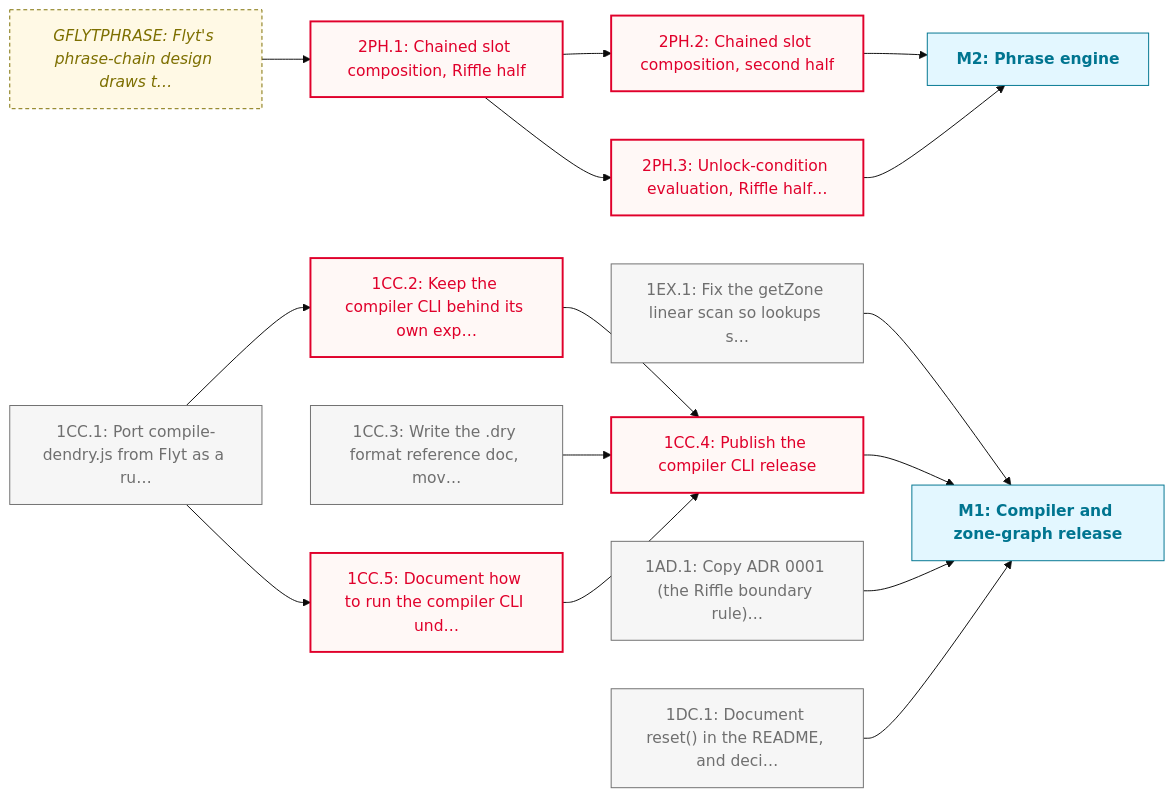
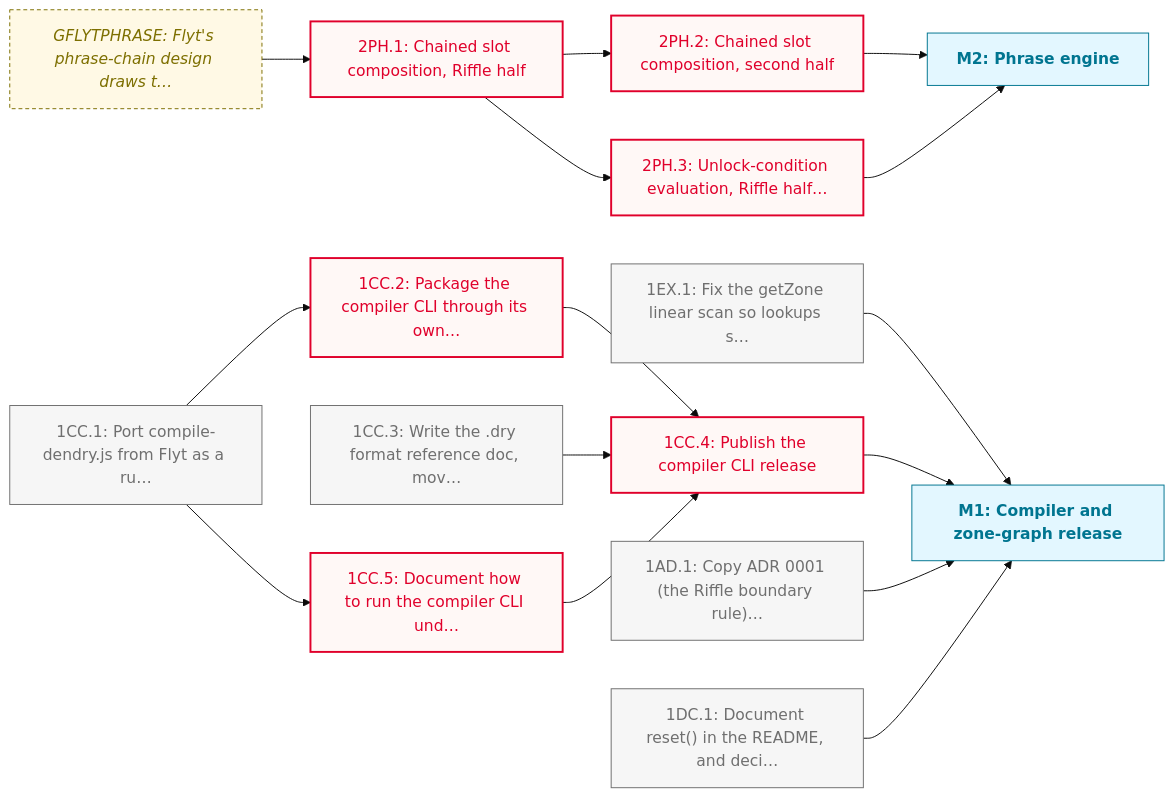
Before and after one commit to JasonWarrenUK/riffle: the diagram in docs/roadmaps/PHASE_1.md, drawn with Mermaid (base theme). The commit also changed other lines of this file and 1 other file, not shown here.

````diff
--- a/docs/roadmaps/PHASE_1.md
+++ b/docs/roadmaps/PHASE_1.md
@@ -47,42 +47,42 @@
 ```mermaid
 graph LR
 	classDef todo fill:#f6f6f6,stroke:#6f6f6f,color:#6f6f6f
 	classDef inProgress fill:#e8f2ff,stroke:#0071af,color:#0071af
 	classDef blocked fill:#fff8f6,stroke:#e0002b,color:#e0002b,stroke-width:2px
 	classDef paused fill:#fdf4ff,stroke:#b01fe3,color:#b01fe3,stroke-dasharray:4 3
 	classDef deferred fill:#fff8f3,stroke:#ac5c00,color:#ac5c00,stroke-dasharray:2 4,font-style:italic
 	classDef done fill:#e0ffd9,stroke:#008217,color:#008217
 	classDef outOfScope fill:#f6f6f6,stroke:#717171,color:#717171,stroke-dasharray:2 2
 	classDef mile fill:#e3f7ff,stroke:#007590,color:#007590,font-weight:bold
 	classDef external fill:#fff9e5,stroke:#7d6f00,color:#7d6f00,stroke-dasharray:4 3,font-style:italic
 	GFLYTPHRASE["GFLYTPHRASE: Flyt's phrase-chain design draws t…"]:::external
 	1EX.1["1EX.1: Fix the getZone linear scan so lookups s…"]
 	1CC.1["1CC.1: Port compile-dendry.js from Flyt as a ru…"]
-	1CC.2["1CC.2: Keep the compiler CLI behind its own exp…"]
+	1CC.2["1CC.2: Package the compiler CLI through its own…"]
 	1CC.3["1CC.3: Write the .dry format reference doc, mov…"]
 	1CC.5["1CC.5: Document how to run the compiler CLI und…"]
 	1CC.4["1CC.4: Publish the compiler CLI release"]
 	1AD.1["1AD.1: Copy ADR 0001 (the Riffle boundary rule)…"]
 	1DC.1["1DC.1: Document reset() in the README, and deci…"]
 	M1["M1: Compiler and zone-graph release"]:::mile
 	2PH.1["2PH.1: Chained slot composition, Riffle half"]
 	2PH.2["2PH.2: Chained slot composition, second half"]
 	2PH.3["2PH.3: Unlock-condition evaluation, Riffle half…"]
 	M2["M2: Phrase engine"]:::mile
 	GFLYTPHRASE --> 2PH.1
 	1EX.1 --> M1
 	1CC.1 --> 1CC.2
 	1CC.1 --> 1CC.5
 	1CC.2 --> 1CC.4
 	1CC.3 --> 1CC.4
 	1CC.5 --> 1CC.4
 	1CC.4 --> M1
 	1AD.1 --> M1
 	1DC.1 --> M1
 	2PH.1 --> 2PH.2
 	2PH.1 --> 2PH.3
 	2PH.2 --> M2
 	2PH.3 --> M2
 	class 1AD.1,1CC.1,1CC.3,1DC.1,1EX.1 todo
 	class 1CC.2,1CC.4,1CC.5,2PH.1,2PH.2,2PH.3 blocked
 ```
````
